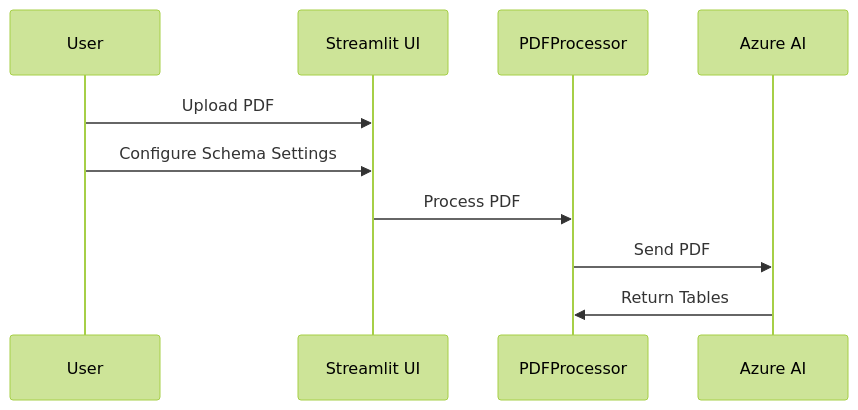
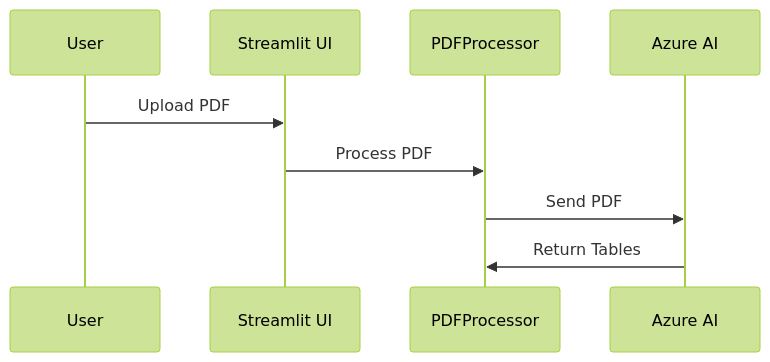
Before and after one commit to subashkonar13/PDFTableReader: the second of 2 diagrams in README.md, drawn with Mermaid (forest theme).

````diff
--- a/README.md
+++ b/README.md
@@ -32,8 +32,7 @@
 ```mermaid
 sequenceDiagram
     User->>Streamlit UI: Upload PDF
-    User->>Streamlit UI: Configure Schema Settings
     Streamlit UI->>PDFProcessor: Process PDF
     PDFProcessor->>Azure AI: Send PDF
     Azure AI->>PDFProcessor: Return Tables
 ```
````
